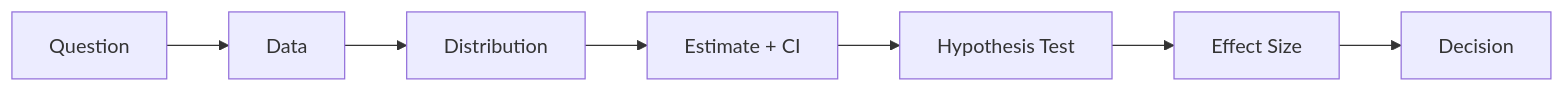
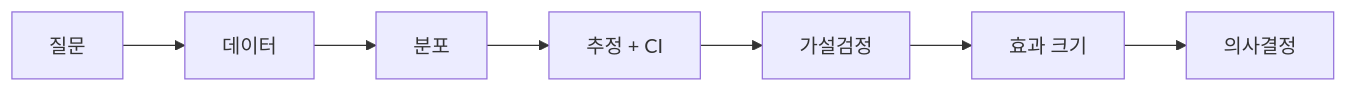
One commit to yeongseon-books/book-content changed the diagram in content/statistics-101/ko/10-statistical-thinking.md. Above: the diagram before and after it, drawn with Mermaid. The commit also changed other lines of this file and 3 other files, not shown here.

````diff
--- a/content/statistics-101/ko/10-statistical-thinking.md
+++ b/content/statistics-101/ko/10-statistical-thinking.md
@@ -35,9 +48,9 @@
 ```mermaid
 flowchart LR
-    Q["Question"] --> D["Data"]
-    D --> Dist["Distribution"]
-    Dist --> Est["Estimate + CI"]
-    Est --> Test["Hypothesis Test"]
-    Test --> Eff["Effect Size"]
-    Eff --> Dec["Decision"]
+    Q["질문"] --> D["데이터"]
+    D --> Dist["분포"]
+    Dist --> Est["추정 + CI"]
+    Est --> Test["가설검정"]
+    Test --> Eff["효과 크기"]
+    Eff --> Dec["의사결정"]
 ```
````
